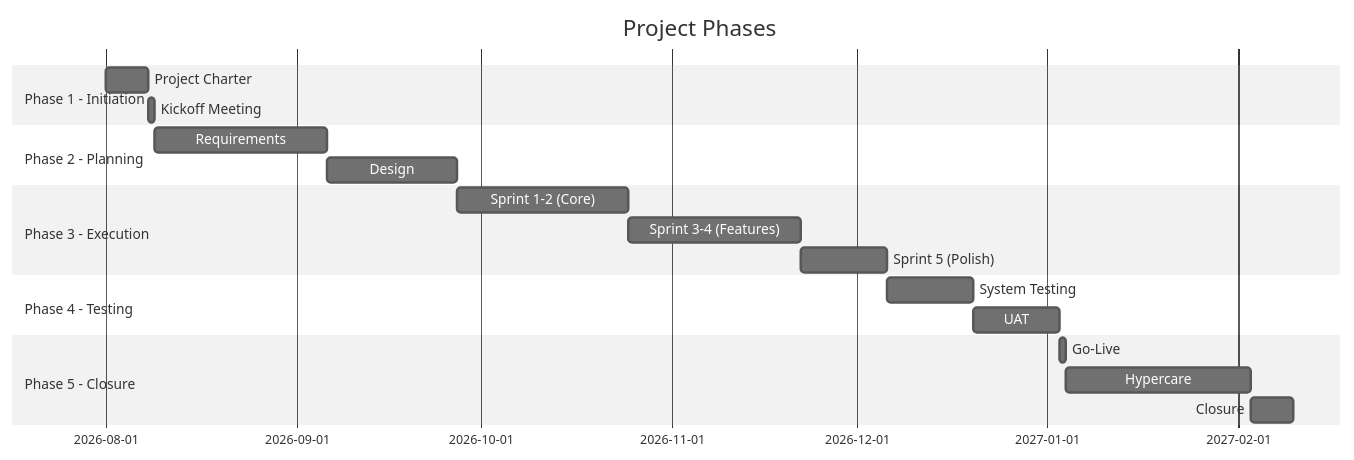
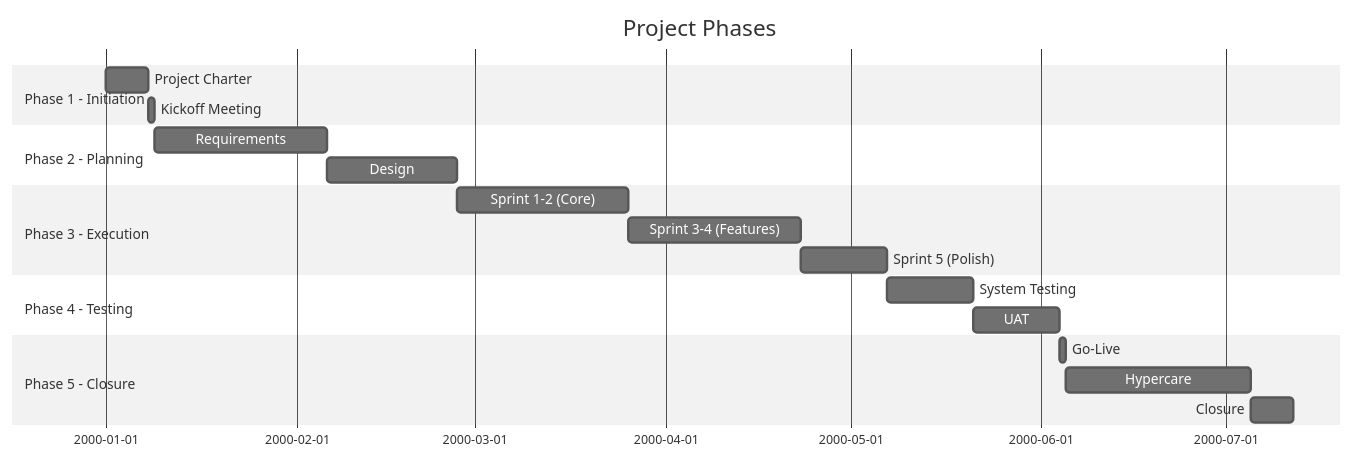
The first of 2 diagrams in document-template/05_Project_Management_Planning/Project-Management-Plan.md (oat431/swe-knowledge), drawn with Mermaid (neutral theme) before and after one commit. The commit also changed 56 other files, not shown here.

````diff
--- a/document-template/05_Project_Management_Planning/Project-Management-Plan.md
+++ b/document-template/05_Project_Management_Planning/Project-Management-Plan.md
@@ -98,22 +98,23 @@
 ```mermaid
 gantt
     title Project Phases
     dateFormat YYYY-MM-DD
+    %% Placeholder schedule: base 2000-01-01 = project start; recompute real dates when instantiating
     section Phase 1 - Initiation
-    Project Charter        :a1, 2026-08-01, 7d
+    Project Charter        :a1, 2000-01-01, 7d
     Kickoff Meeting        :a2, after a1, 1d
     section Phase 2 - Planning
     Requirements           :b1, after a2, 28d
     Design                 :b2, after b1, 21d
     section Phase 3 - Execution
     Sprint 1-2 (Core)      :c1, after b2, 28d
     Sprint 3-4 (Features)  :c2, after c1, 28d
     Sprint 5 (Polish)      :c3, after c2, 14d
     section Phase 4 - Testing
     System Testing         :d1, after c3, 14d
     UAT                    :d2, after d1, 14d
     section Phase 5 - Closure
     Go-Live                :e1, after d2, 1d
     Hypercare              :e2, after e1, 30d
     Closure                :e3, after e2, 7d
 ```
````
